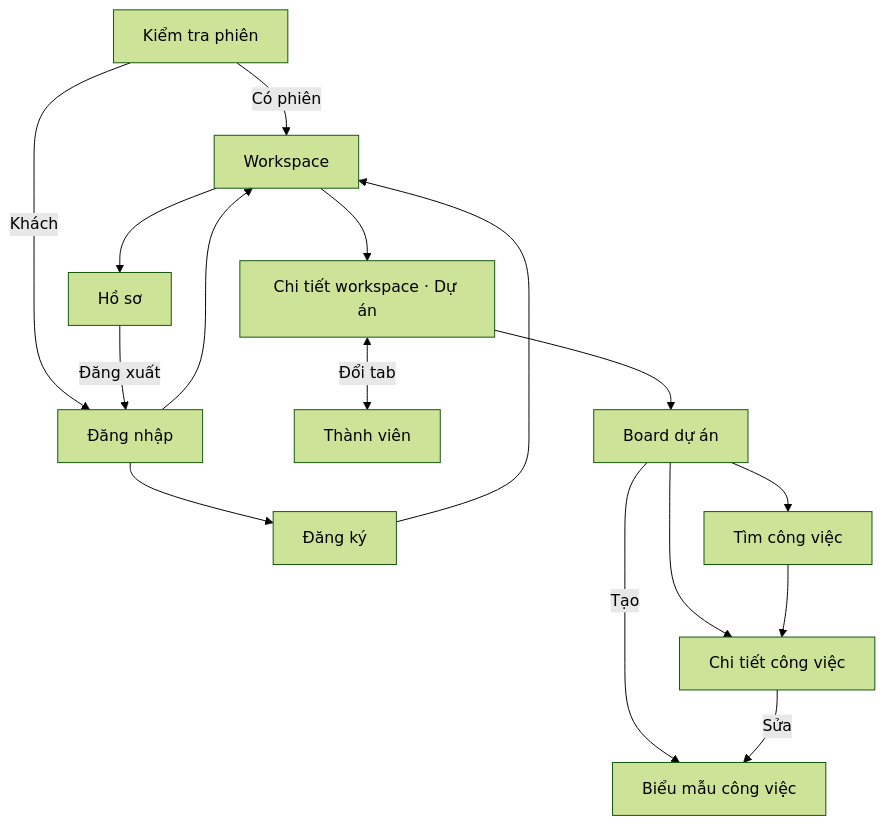
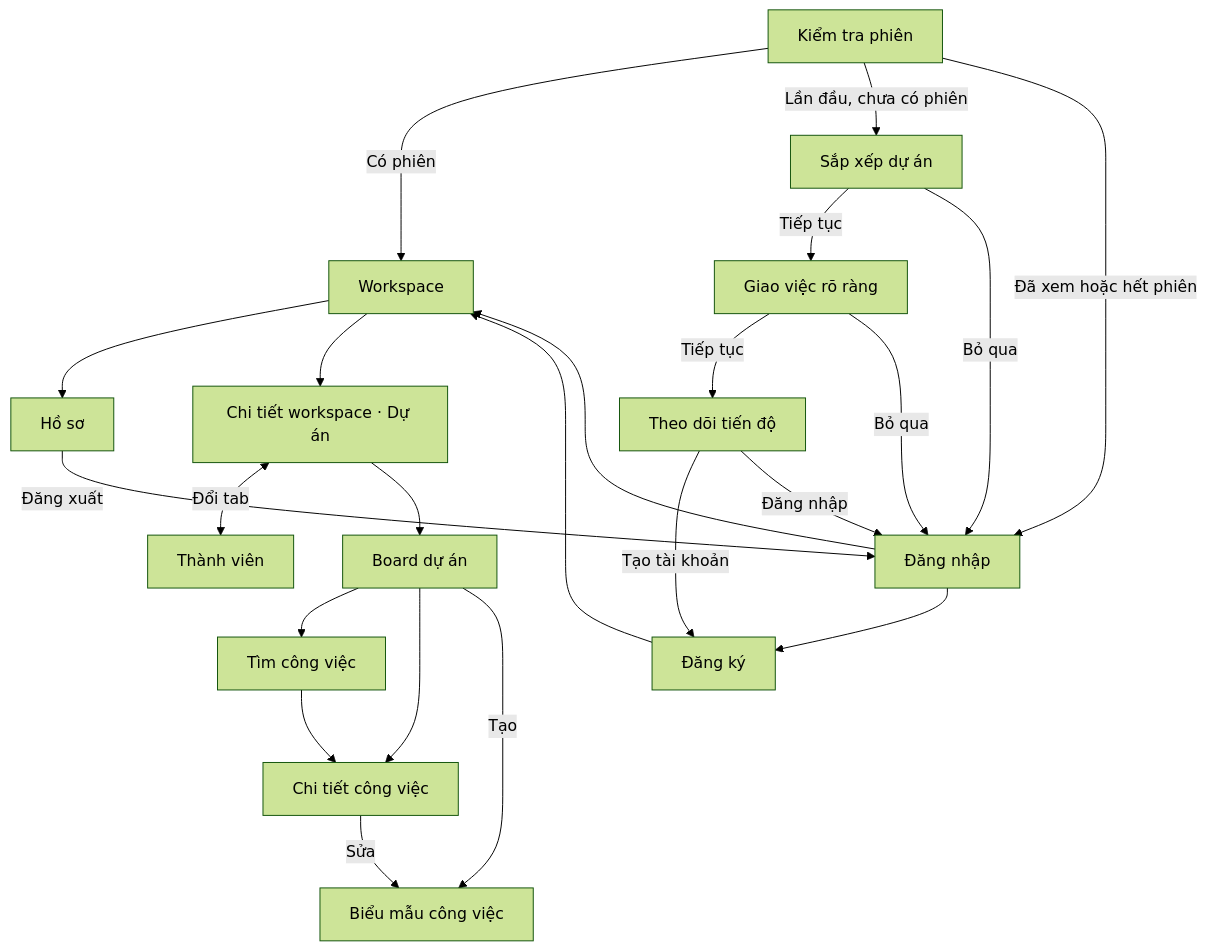
One commit to haitranduc203/Sprintly changed the diagram in docs/Sprintly_UI_UX_Design.md. Above: the diagram before and after it, drawn with Mermaid (forest theme). The commit also changed other lines of this file and 2 other files, not shown here.

````diff
--- a/docs/Sprintly_UI_UX_Design.md
+++ b/docs/Sprintly_UI_UX_Design.md
@@ -32,18 +32,25 @@
 ```mermaid
 flowchart TD
     S["Kiểm tra phiên"] -->|Có phiên| W["Workspace"]
-    S -->|Khách| L["Đăng nhập"]
+    S -->|Lần đầu, chưa có phiên| O1["Sắp xếp dự án"]
+    S -->|Đã xem hoặc hết phiên| L["Đăng nhập"]
+    O1 -->|Tiếp tục| O2["Giao việc rõ ràng"]
+    O2 -->|Tiếp tục| O3["Theo dõi tiến độ"]
+    O1 -->|Bỏ qua| L
+    O2 -->|Bỏ qua| L
+    O3 -->|Tạo tài khoản| R["Đăng ký"]
+    O3 -->|Đăng nhập| L
     L --> R["Đăng ký"]
     L --> W
     R --> W
     W --> H["Hồ sơ"]
     H -->|Đăng xuất| L
     W --> P["Chi tiết workspace · Dự án"]
     P <-->|Đổi tab| M["Thành viên"]
     P --> B["Board dự án"]
     B --> Q["Tìm công việc"]
     B --> T["Chi tiết công việc"]
     Q --> T
     B -->|Tạo| F["Biểu mẫu công việc"]
     T -->|Sửa| F
 ```
````
